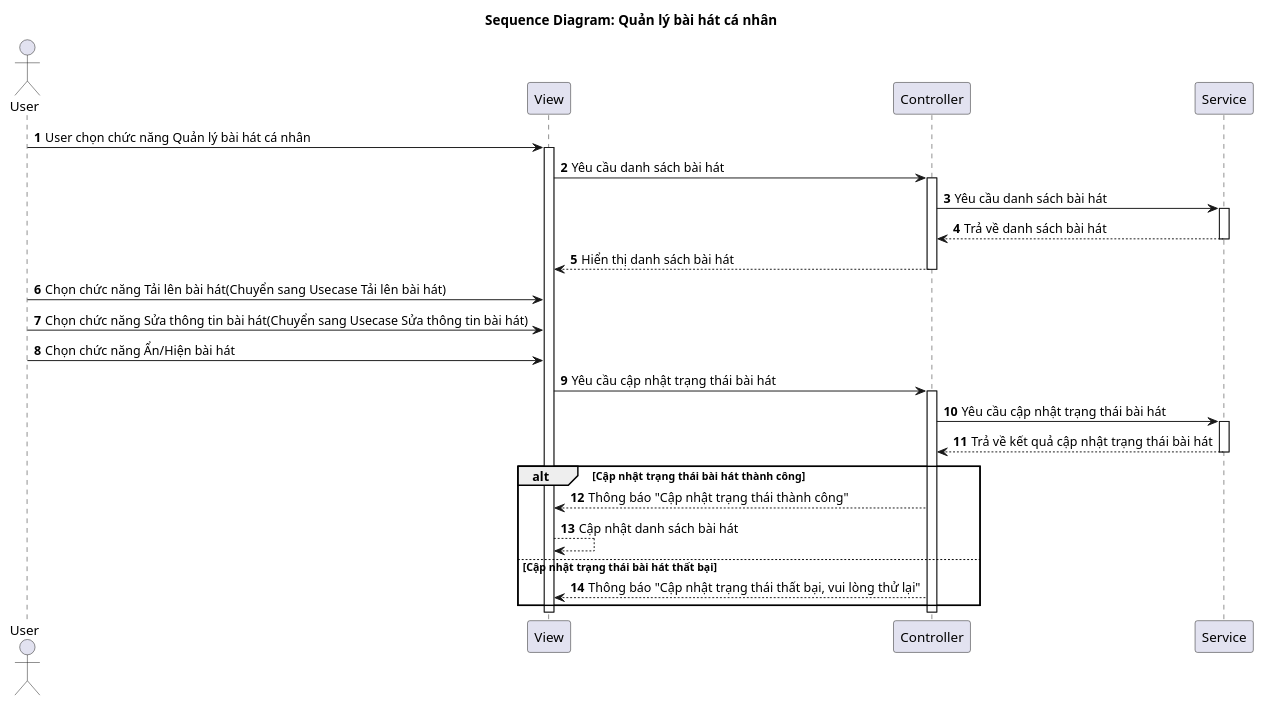
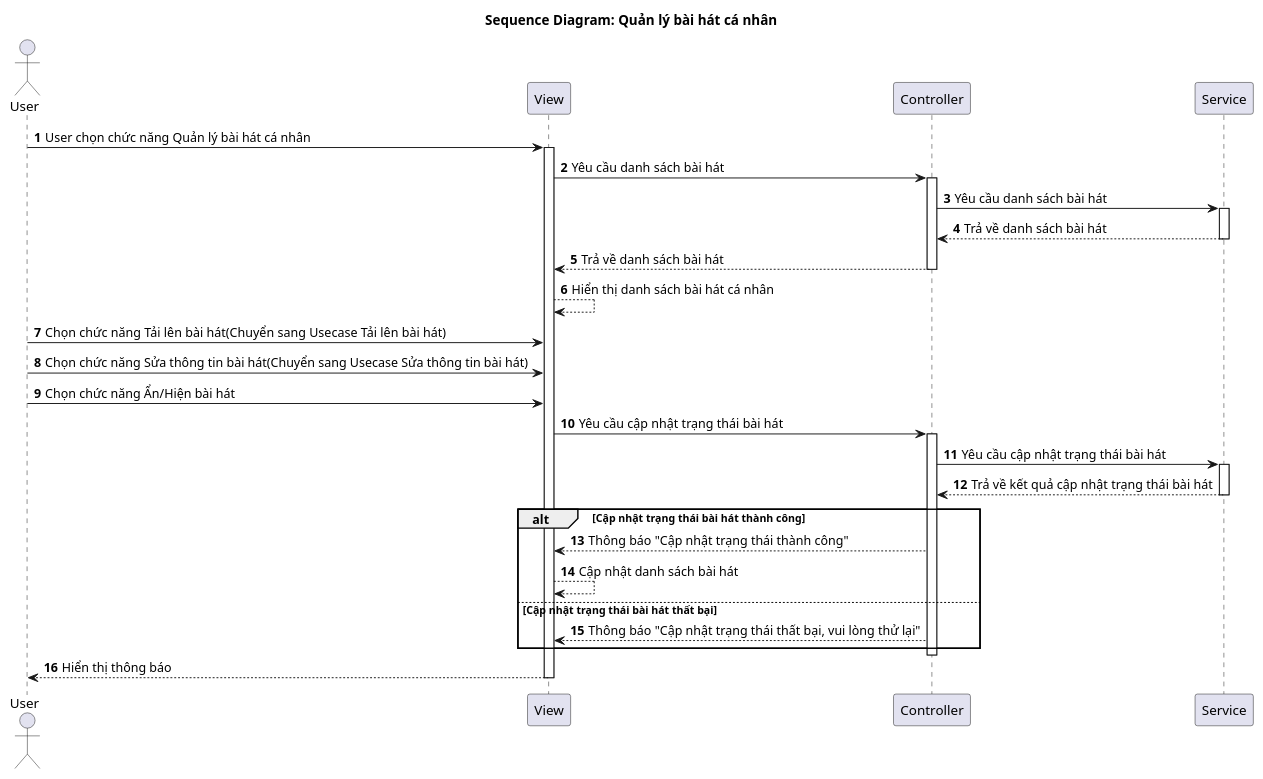
Before and after one commit to vinh047/soundwave: the diagram in Diagrams/SequenceDiagram/ManageSongSD.plantuml, drawn with PlantUML. The commit also changed 24 other files, not shown here.

Commit message:
Đổi đường đi của Hiển thị trong SD

```diff
--- a/Diagrams/SequenceDiagram/ManageSongSD.plantuml
+++ b/Diagrams/SequenceDiagram/ManageSongSD.plantuml
@@ -1,42 +1,43 @@
 @startuml SD
 
 actor "User" as User
 participant "View" as View
 participant "Controller" as Controller
 participant "Service" as Service
 
 title Sequence Diagram: Quản lý bài hát cá nhân
 
 autonumber
 
 User -> View: User chọn chức năng Quản lý bài hát cá nhân
 activate View
 View -> Controller: Yêu cầu danh sách bài hát
 activate Controller
 Controller -> Service: Yêu cầu danh sách bài hát
 activate Service
 Service --> Controller: Trả về danh sách bài hát
 deactivate Service
-Controller --> View: Hiển thị danh sách bài hát
+Controller --> View: Trả về danh sách bài hát
 deactivate Controller
+View --> View: Hiển thị danh sách bài hát cá nhân
 
 User -> View: Chọn chức năng Tải lên bài hát(Chuyển sang Usecase Tải lên bài hát)
 User -> View: Chọn chức năng Sửa thông tin bài hát(Chuyển sang Usecase Sửa thông tin bài hát)
 
 User -> View: Chọn chức năng Ẩn/Hiện bài hát
 View -> Controller: Yêu cầu cập nhật trạng thái bài hát
 activate Controller
 Controller -> Service: Yêu cầu cập nhật trạng thái bài hát
 activate Service
 Service --> Controller: Trả về kết quả cập nhật trạng thái bài hát
 deactivate Service
 alt Cập nhật trạng thái bài hát thành công
 Controller --> View: Thông báo "Cập nhật trạng thái thành công"
 View --> View: Cập nhật danh sách bài hát
 else Cập nhật trạng thái bài hát thất bại
 Controller --> View: Thông báo "Cập nhật trạng thái thất bại, vui lòng thử lại"
 end
 deactivate Controller
-
+View --> User: Hiển thị thông báo
 deactivate View
 @enduml
```
